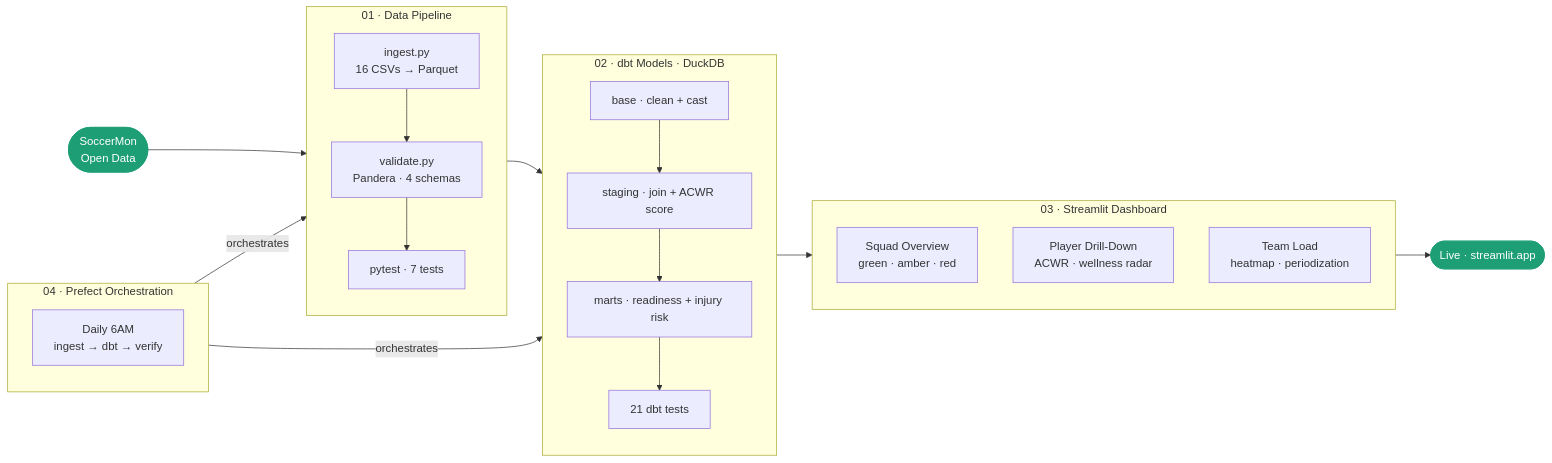
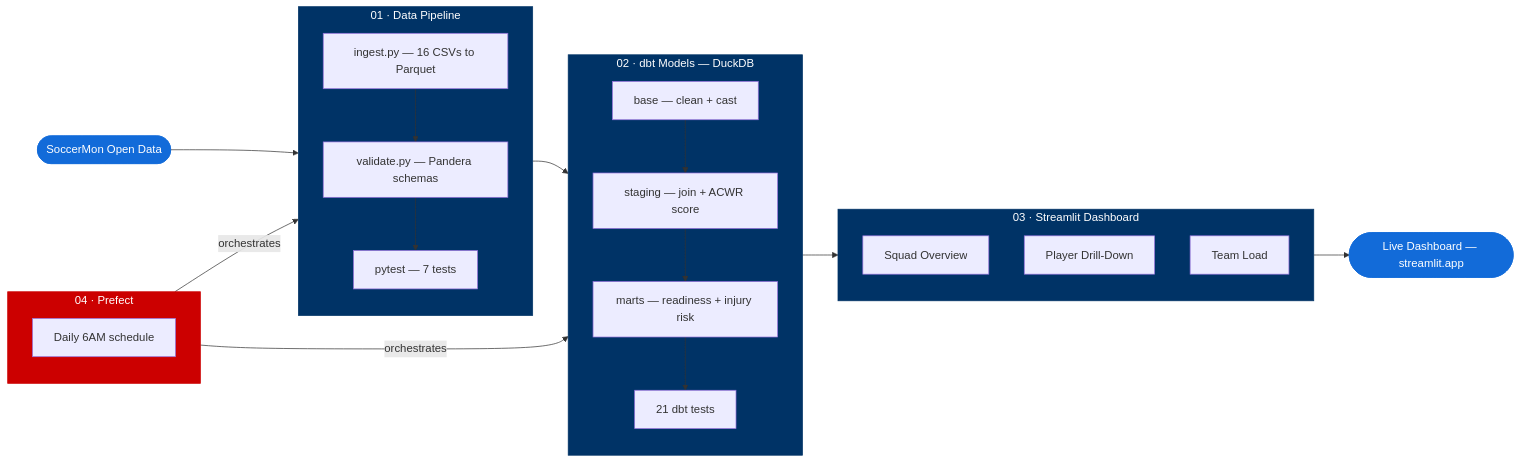
The diagram in README.md (gonzacba/soccer-performance-science), drawn with Mermaid before and after one commit. The commit also changed other lines of this file, not shown here.

Commit message:
docs: apply FAU colors to architecture diagram

````diff
--- a/README.md
+++ b/README.md
@@ -13,43 +13,46 @@
 ```mermaid
 flowchart LR
-    SRC([SoccerMon\nOpen Data]):::source
+    SRC([SoccerMon Open Data])
 
     subgraph P1["01 · Data Pipeline"]
         direction TB
-        ING["ingest.py\n16 CSVs → Parquet"]
-        VAL["validate.py\nPandera · 4 schemas"]
-        TST["pytest · 7 tests"]
+        ING["ingest.py — 16 CSVs to Parquet"]
+        VAL["validate.py — Pandera schemas"]
+        TST["pytest — 7 tests"]
         ING --> VAL --> TST
     end
 
-    subgraph P2["02 · dbt Models · DuckDB"]
+    subgraph P2["02 · dbt Models — DuckDB"]
         direction TB
-        BASE["base · clean + cast"]
-        STG["staging · join + ACWR score"]
-        MRT["marts · readiness + injury risk"]
+        BASE["base — clean + cast"]
+        STG["staging — join + ACWR score"]
+        MRT["marts — readiness + injury risk"]
         DBT["21 dbt tests"]
         BASE --> STG --> MRT --> DBT
     end
 
     subgraph P3["03 · Streamlit Dashboard"]
         direction TB
-        PG1["Squad Overview\ngreen · amber · red"]
-        PG2["Player Drill-Down\nACWR · wellness radar"]
-        PG3["Team Load\nheatmap · periodization"]
+        PG1["Squad Overview"]
+        PG2["Player Drill-Down"]
+        PG3["Team Load"]
     end
 
-    subgraph P4["04 · Prefect Orchestration"]
-        direction TB
-        SCH["Daily 6AM\ningest → dbt → verify"]
+    subgraph P4["04 · Prefect"]
+        SCH["Daily 6AM schedule"]
     end
 
     SRC --> P1
     P1 --> P2
     P2 --> P3
     P4 -->|orchestrates| P1
     P4 -->|orchestrates| P2
-    P3 --> LIVE([Live · streamlit.app]):::live
+    P3 --> LIVE([Live Dashboard — streamlit.app])
 
-    classDef source fill:#1D9E75,stroke:#1D9E75,color:#fff
-    classDef live fill:#1D9E75,stroke:#1D9E75,color:#fff
+    style P1 fill:#003366,stroke:#003366,color:#fff
+    style P2 fill:#003366,stroke:#003366,color:#fff
+    style P3 fill:#003366,stroke:#003366,color:#fff
+    style P4 fill:#CC0000,stroke:#CC0000,color:#fff
+    style SRC fill:#126BD9,stroke:#126BD9,color:#fff
+    style LIVE fill:#126BD9,stroke:#126BD9,color:#fff
 ```
````
